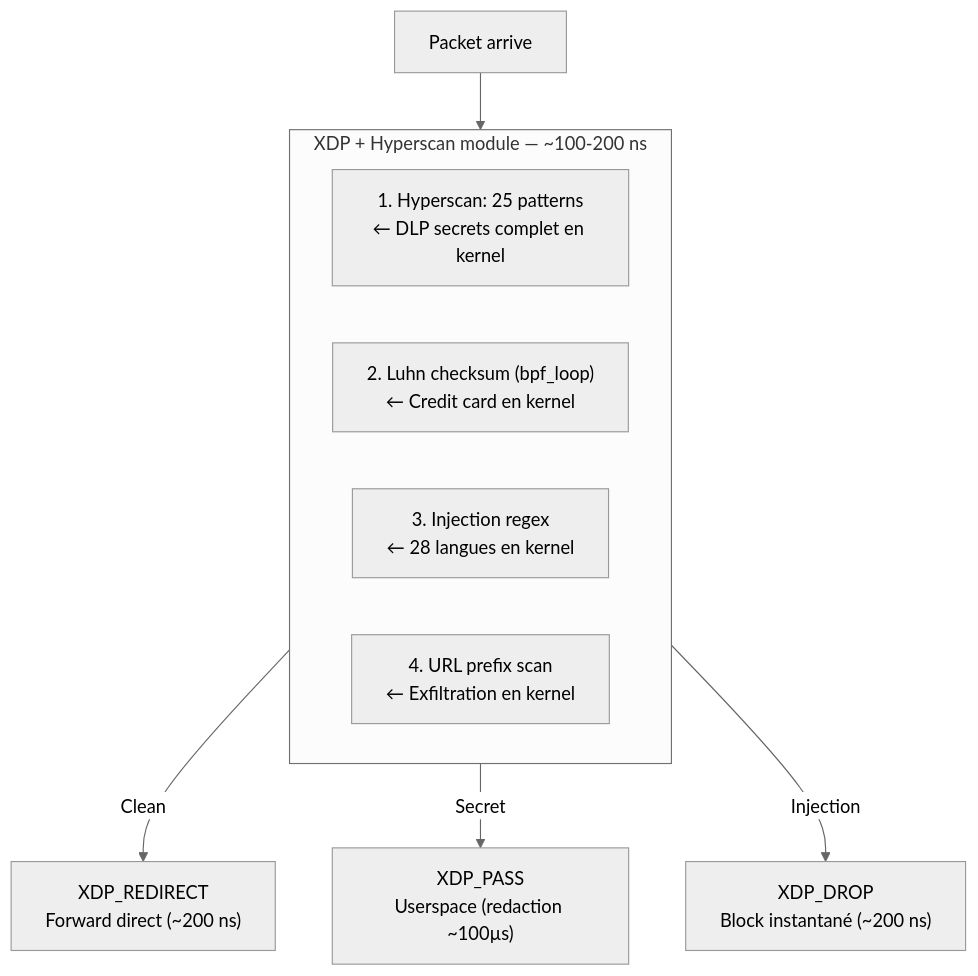
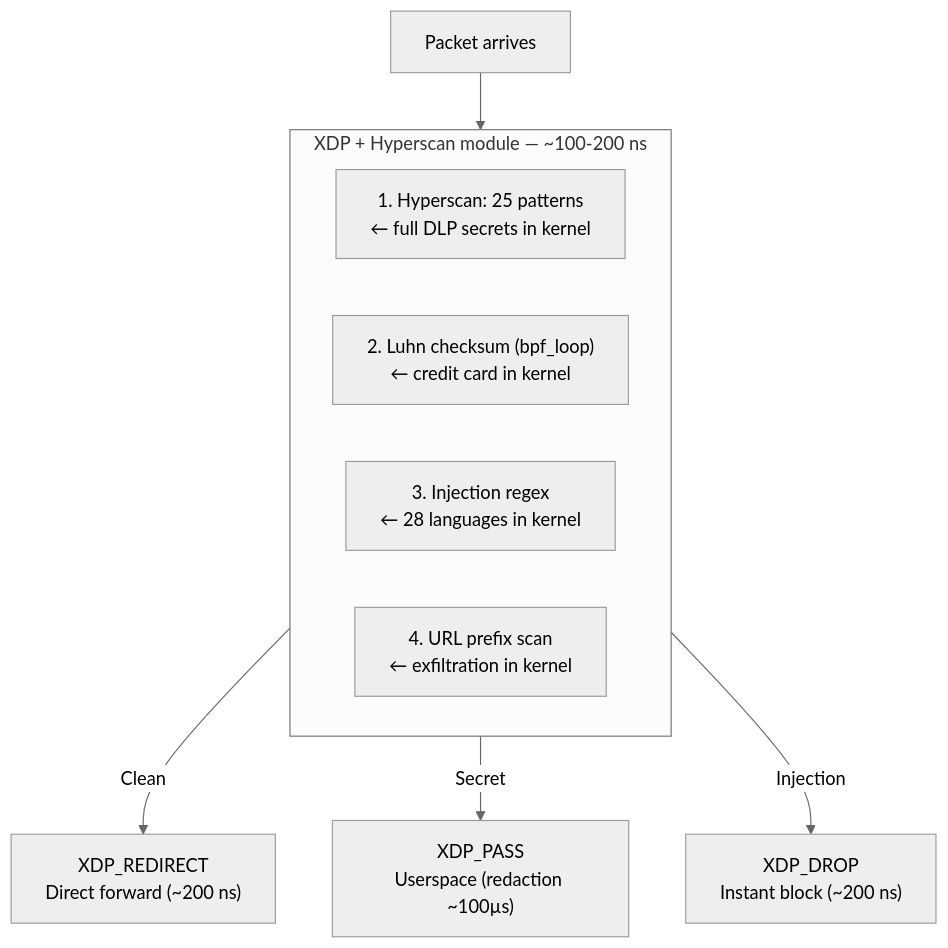
The second of 2 diagrams in ROADMAP.md (azerozero/grob), drawn with Mermaid (neutral theme) before and after one commit. The commit also changed other lines of this file and 3 other files, not shown here.

First line of the commit message:
docs: translate French to English + deduplicate diagrams

````diff
--- a/ROADMAP.md
+++ b/ROADMAP.md
@@ -134,15 +134,15 @@
 ```mermaid
 flowchart TB
-    pkt["Packet arrive"] --> xdp
+    pkt["Packet arrives"] --> xdp
 
     subgraph xdp["XDP + Hyperscan module — ~100-200 ns"]
-        h1["1. Hyperscan: 25 patterns<br/>← DLP secrets complet en kernel"]
-        h2["2. Luhn checksum (bpf_loop)<br/>← Credit card en kernel"]
-        h3["3. Injection regex<br/>← 28 langues en kernel"]
-        h4["4. URL prefix scan<br/>← Exfiltration en kernel"]
+        h1["1. Hyperscan: 25 patterns<br/>← full DLP secrets in kernel"]
+        h2["2. Luhn checksum (bpf_loop)<br/>← credit card in kernel"]
+        h3["3. Injection regex<br/>← 28 languages in kernel"]
+        h4["4. URL prefix scan<br/>← exfiltration in kernel"]
     end
 
-    xdp -->|"Clean"| redirect["XDP_REDIRECT<br/>Forward direct (~200 ns)"]
+    xdp -->|"Clean"| redirect["XDP_REDIRECT<br/>Direct forward (~200 ns)"]
     xdp -->|"Secret"| pass["XDP_PASS<br/>Userspace (redaction ~100µs)"]
-    xdp -->|"Injection"| drop["XDP_DROP<br/>Block instantané (~200 ns)"]
+    xdp -->|"Injection"| drop["XDP_DROP<br/>Instant block (~200 ns)"]
 ```
````
